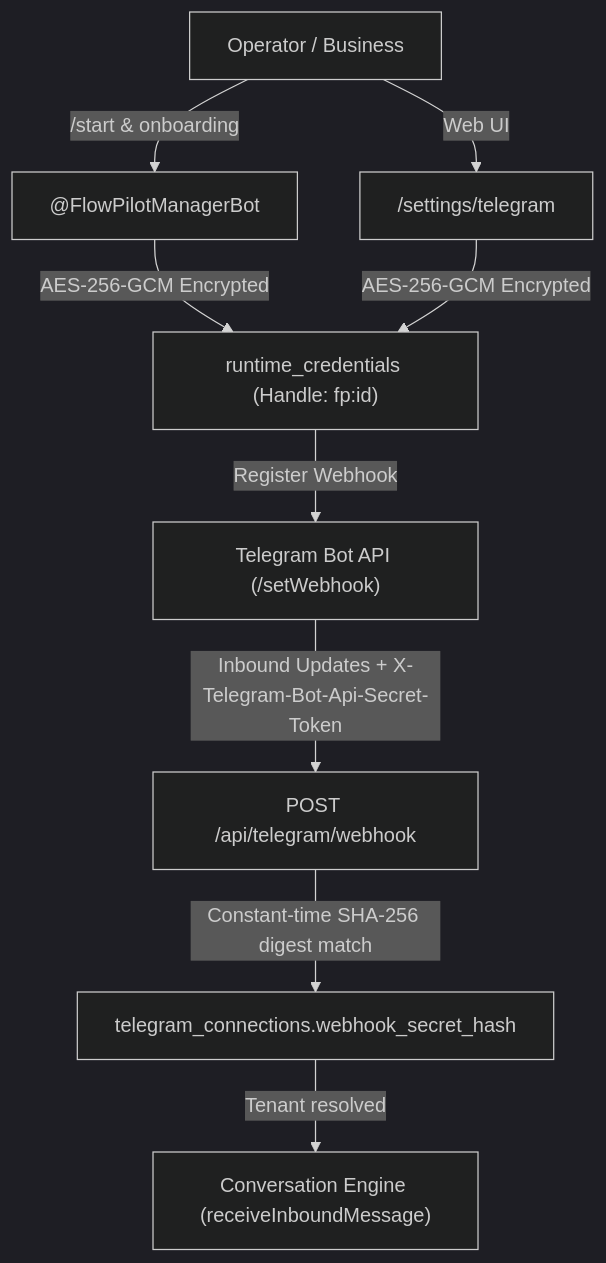
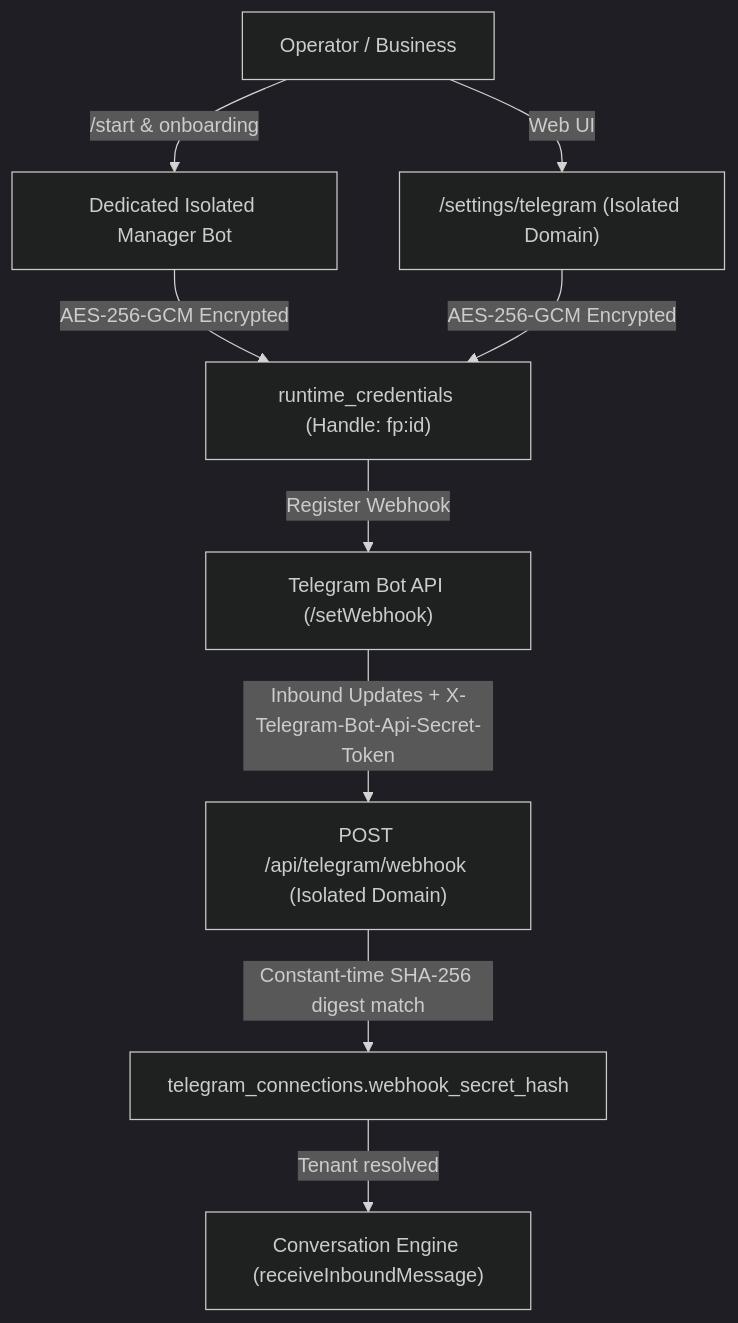
The diagram in docs/telegram/TELEGRAM_ACCEPTANCE_REPORT.md (geekammar/Yakfi), drawn with Mermaid (dark theme) before and after one commit. The commit also changed other lines of this file and 1 other file, not shown here.

Commit message:
fix(telegram): correct evidence provenance and limits documentation (PR #30)

````diff
--- a/docs/telegram/TELEGRAM_ACCEPTANCE_REPORT.md
+++ b/docs/telegram/TELEGRAM_ACCEPTANCE_REPORT.md
@@ -118,10 +137,10 @@
 ```mermaid
 flowchart TD
-    A["Operator / Business"] -->|"/start & onboarding"| B["@FlowPilotManagerBot"]
-    A -->|"Web UI"| C["/settings/telegram"]
+    A["Operator / Business"] -->|"/start & onboarding"| B["Dedicated Isolated Manager Bot"]
+    A -->|"Web UI"| C["/settings/telegram (Isolated Domain)"]
     B & C -->|"AES-256-GCM Encrypted"| D["runtime_credentials (Handle: fp:id)"]
     D -->|"Register Webhook"| E["Telegram Bot API (/setWebhook)"]
-    E -->|"Inbound Updates + X-Telegram-Bot-Api-Secret-Token"| F["POST /api/telegram/webhook"]
+    E -->|"Inbound Updates + X-Telegram-Bot-Api-Secret-Token"| F["POST /api/telegram/webhook (Isolated Domain)"]
     F -->|"Constant-time SHA-256 digest match"| G["telegram_connections.webhook_secret_hash"]
     G -->|"Tenant resolved"| H["Conversation Engine (receiveInboundMessage)"]
 ```
````
